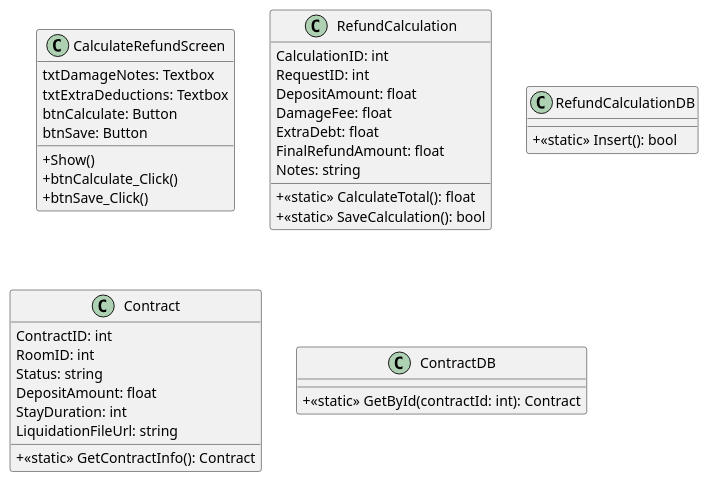
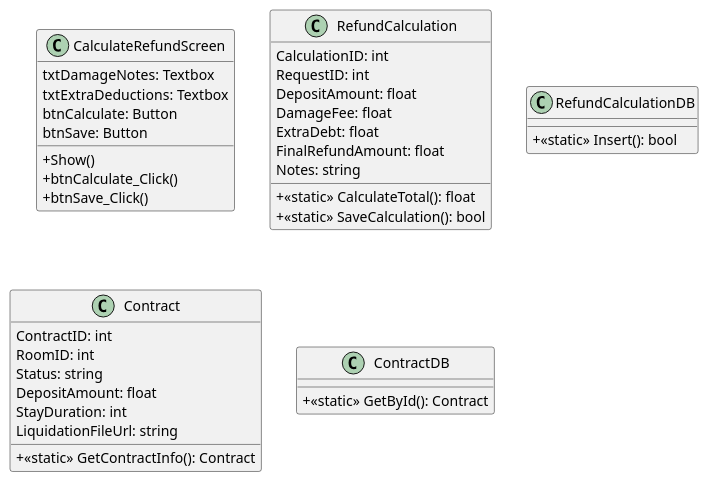
One commit to Gnourt812005/HCMUS-Analyze-and-desgin-IS changed the diagram in tra_phong/class/tinh_hoan_coc_khau_tru_class.wsd. Above: the diagram before and after it, drawn with PlantUML. The commit also changed 7 other files, not shown here.

Commit message:
quangdo/tra_phong: added class and sequence diagram for quan_ly_tra_phong, reviewed some sequence diagrams

```diff
--- a/tra_phong/class/tinh_hoan_coc_khau_tru_class.wsd
+++ b/tra_phong/class/tinh_hoan_coc_khau_tru_class.wsd
@@ -1,44 +1,44 @@
 @startuml
 skinparam classAttributeIconSize 0
 
 class CalculateRefundScreen {
   txtDamageNotes: Textbox
   txtExtraDeductions: Textbox
   btnCalculate: Button
   btnSave: Button
   + Show()
   + btnCalculate_Click()
   + btnSave_Click()
 }
 
 class RefundCalculation {
   CalculationID: int
   RequestID: int
   DepositAmount: float
   DamageFee: float
   ExtraDebt: float
   FinalRefundAmount: float
   Notes: string
   + <<static>> CalculateTotal(): float
   + <<static>> SaveCalculation(): bool
 }
 
 class RefundCalculationDB {
   + <<static>> Insert(): bool
 }
 
 class Contract {
   ContractID: int
   RoomID: int
   Status: string
   DepositAmount: float
   StayDuration: int
   LiquidationFileUrl: string
   + <<static>> GetContractInfo(): Contract
 }
 
 class ContractDB {
-  + <<static>> GetById(contractId: int): Contract
+  + <<static>> GetById(): Contract
 }
 
 @enduml
```
